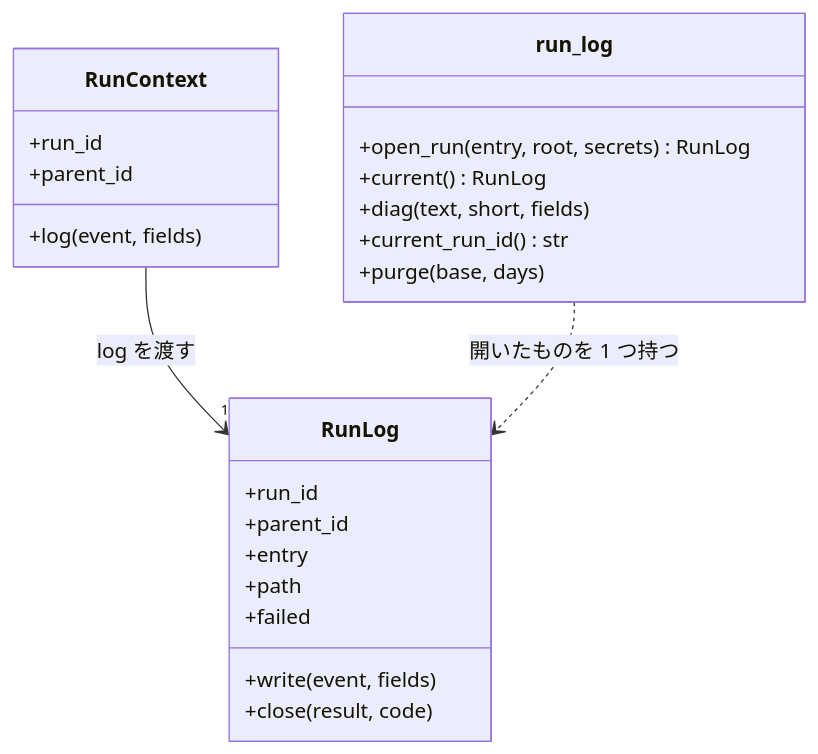
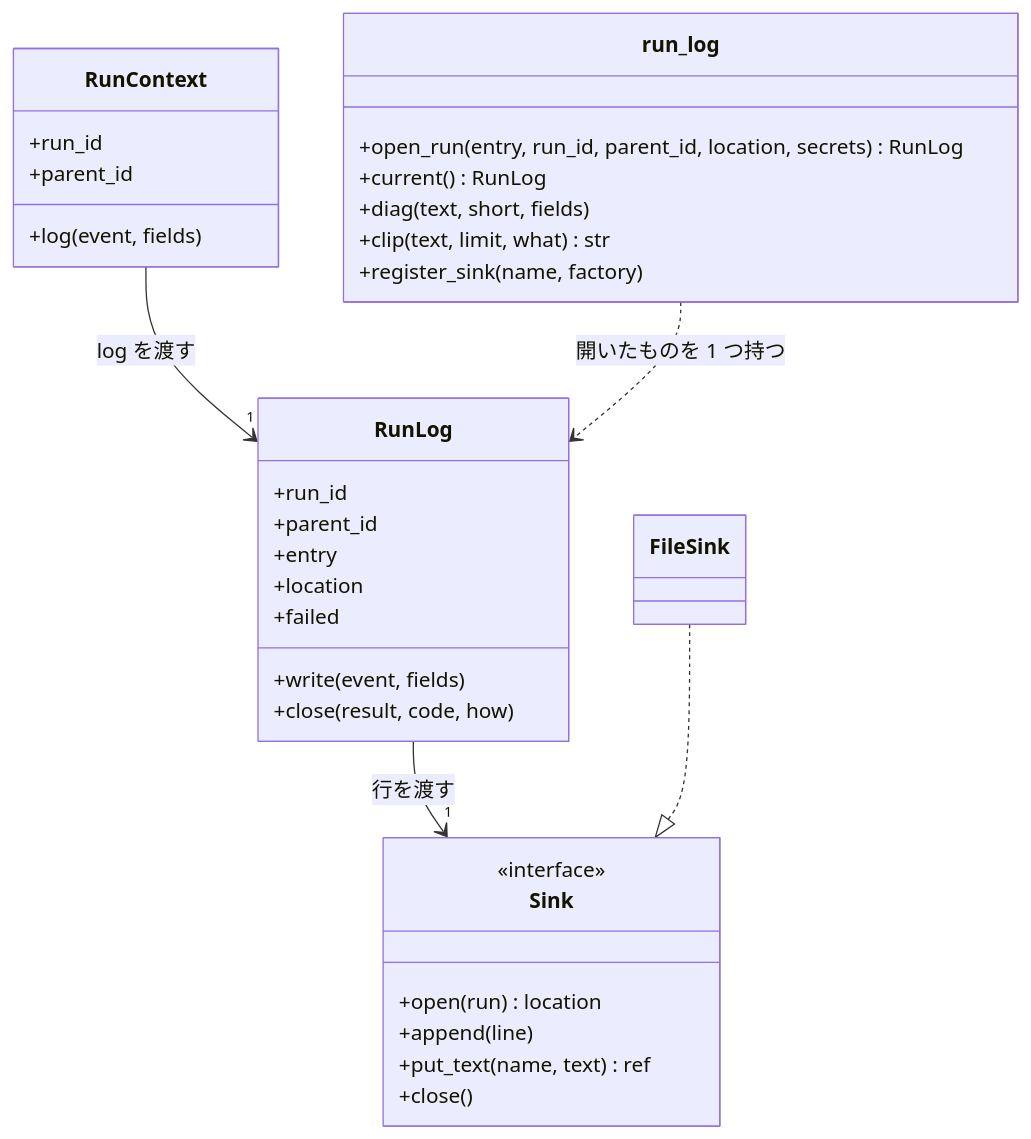
The third of 5 diagrams in issues/issue-2338-design.md (devbasex/ai-plugins), drawn with Mermaid before and after one commit. The commit also changed other lines of this file and 1 other file, not shown here.

````diff
--- a/issues/issue-2338-design.md
+++ b/issues/issue-2338-design.md
@@ -201,26 +246,36 @@
 ```mermaid
 classDiagram
     class RunLog {
         +run_id
         +parent_id
         +entry
-        +path
+        +location
         +failed
         +write(event, fields)
-        +close(result, code)
+        +close(result, code, how)
     }
+    class Sink {
+        <<interface>>
+        +open(run) location
+        +append(line)
+        +put_text(name, text) ref
+        +close()
+    }
+    class FileSink
     class RunContext {
         +run_id
         +parent_id
         +log(event, fields)
     }
     class run_log {
-        +open_run(entry, root, secrets) RunLog
+        +open_run(entry, run_id, parent_id, location, secrets) RunLog
         +current() RunLog
         +diag(text, short, fields)
-        +current_run_id() str
-        +purge(base, days)
+        +clip(text, limit, what) str
+        +register_sink(name, factory)
     }
     RunContext --> "1" RunLog : log を渡す
+    RunLog --> "1" Sink : 行を渡す
+    FileSink ..|> Sink
     run_log ..> RunLog : 開いたものを 1 つ持つ
 ```
````
